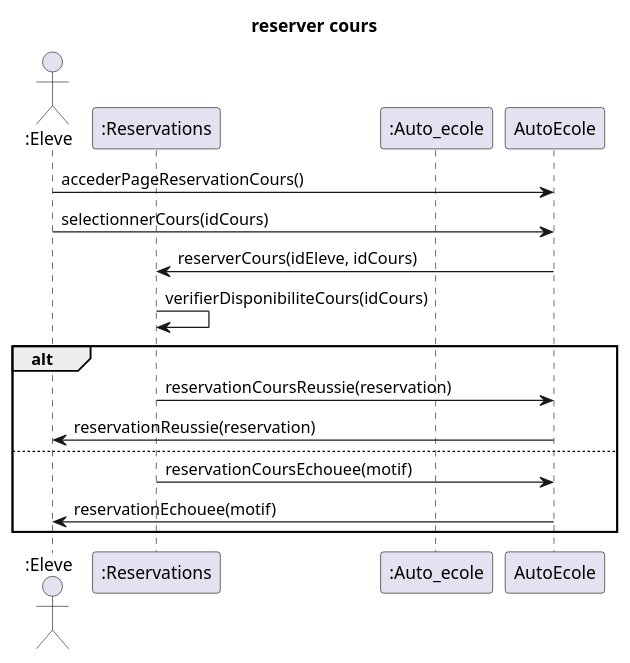
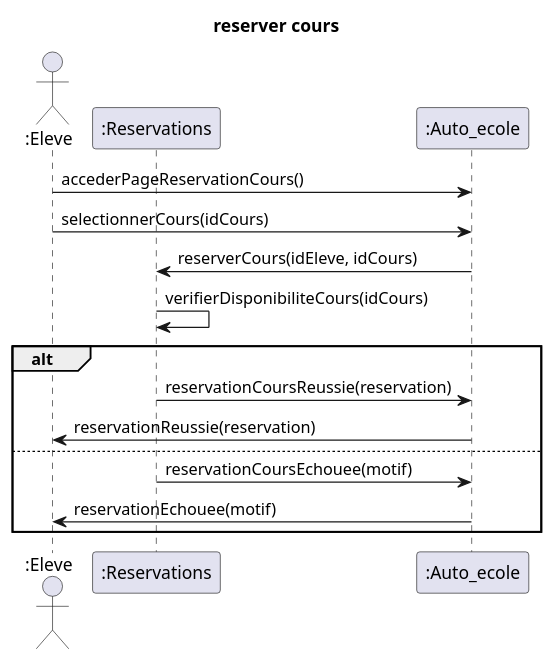
One commit to jerbi2026/Auto_ecole changed the diagram in Diagrammes/Diagramme de sequence/reserver_cour.pu. Above: the diagram before and after it, drawn with PlantUML. The commit also changed 7 other files, not shown here.

```diff
--- a/Diagrammes/Diagramme de sequence/reserver_cour.pu
+++ b/Diagrammes/Diagramme de sequence/reserver_cour.pu
@@ -1,23 +1,23 @@
 @startuml
 title reserver cours
 
 actor ":Eleve" as Eleve
 participant ":Reservations" as Reservations
 participant ":Auto_ecole" as Auto_ecole
 
-Eleve->AutoEcole: accederPageReservationCours()
+Eleve->Auto_ecole: accederPageReservationCours()
 
-Eleve->AutoEcole: selectionnerCours(idCours)
+Eleve->Auto_ecole: selectionnerCours(idCours)
 
-AutoEcole->Reservations: reserverCours(idEleve, idCours)
+Auto_ecole->Reservations: reserverCours(idEleve, idCours)
 
 Reservations->Reservations: verifierDisponibiliteCours(idCours)
 
 alt
-    Reservations->AutoEcole: reservationCoursReussie(reservation)
-    AutoEcole->Eleve: reservationReussie(reservation)
+    Reservations->Auto_ecole: reservationCoursReussie(reservation)
+    Auto_ecole->Eleve: reservationReussie(reservation)
 else
-    Reservations->AutoEcole: reservationCoursEchouee(motif)
-    AutoEcole->Eleve: reservationEchouee(motif)
+    Reservations->Auto_ecole: reservationCoursEchouee(motif)
+    Auto_ecole->Eleve: reservationEchouee(motif)
 end
 @enduml
```
